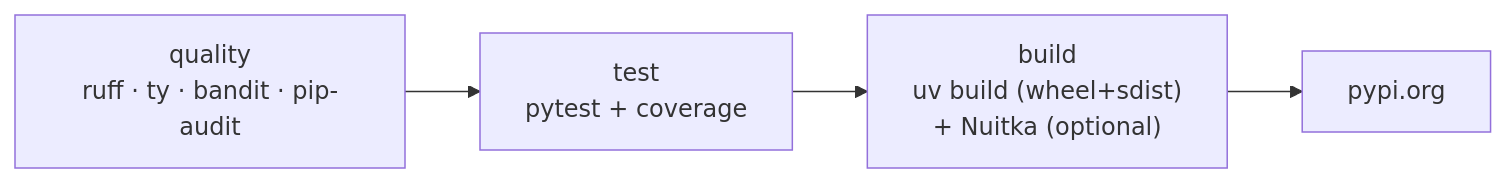
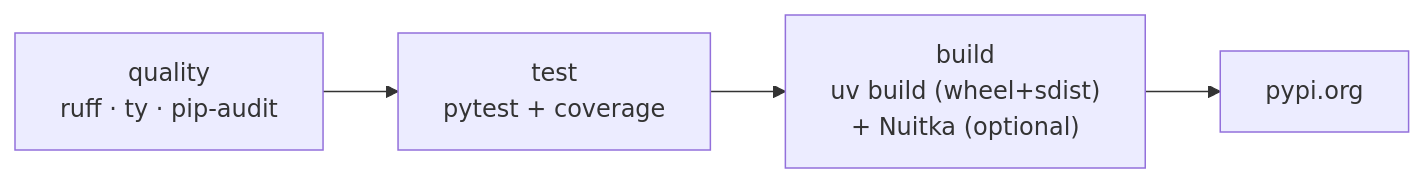
Before and after one commit to hyperi-io/hyperi-ci: the diagram in docs/languages/python.md, drawn with Mermaid. The commit also changed other lines of this file and 9 other files, not shown here.

````diff
--- a/docs/languages/python.md
+++ b/docs/languages/python.md
@@ -16,6 +16,6 @@
 ```mermaid
 flowchart LR
-    Q["quality<br/>ruff · ty · bandit · pip-audit"] --> T["test<br/>pytest + coverage"]
+    Q["quality<br/>ruff · ty · pip-audit"] --> T["test<br/>pytest + coverage"]
     T --> B["build<br/>uv build (wheel+sdist)<br/>+ Nuitka (optional)"]
     B --> PYPI["pypi.org"]
 ```
````
